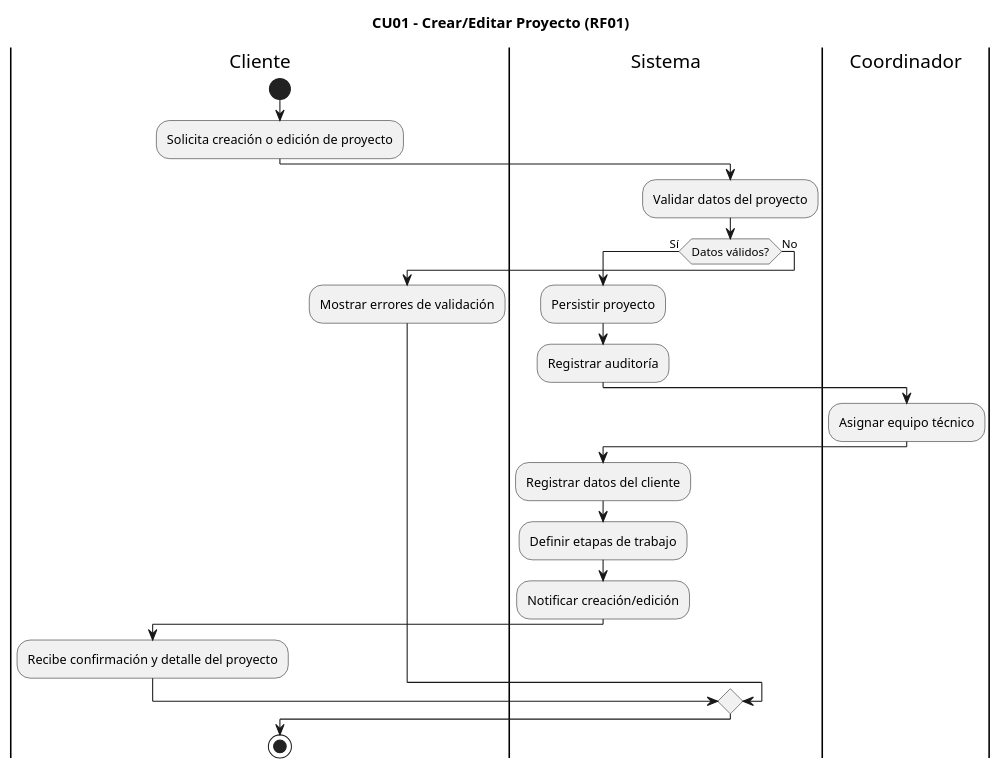
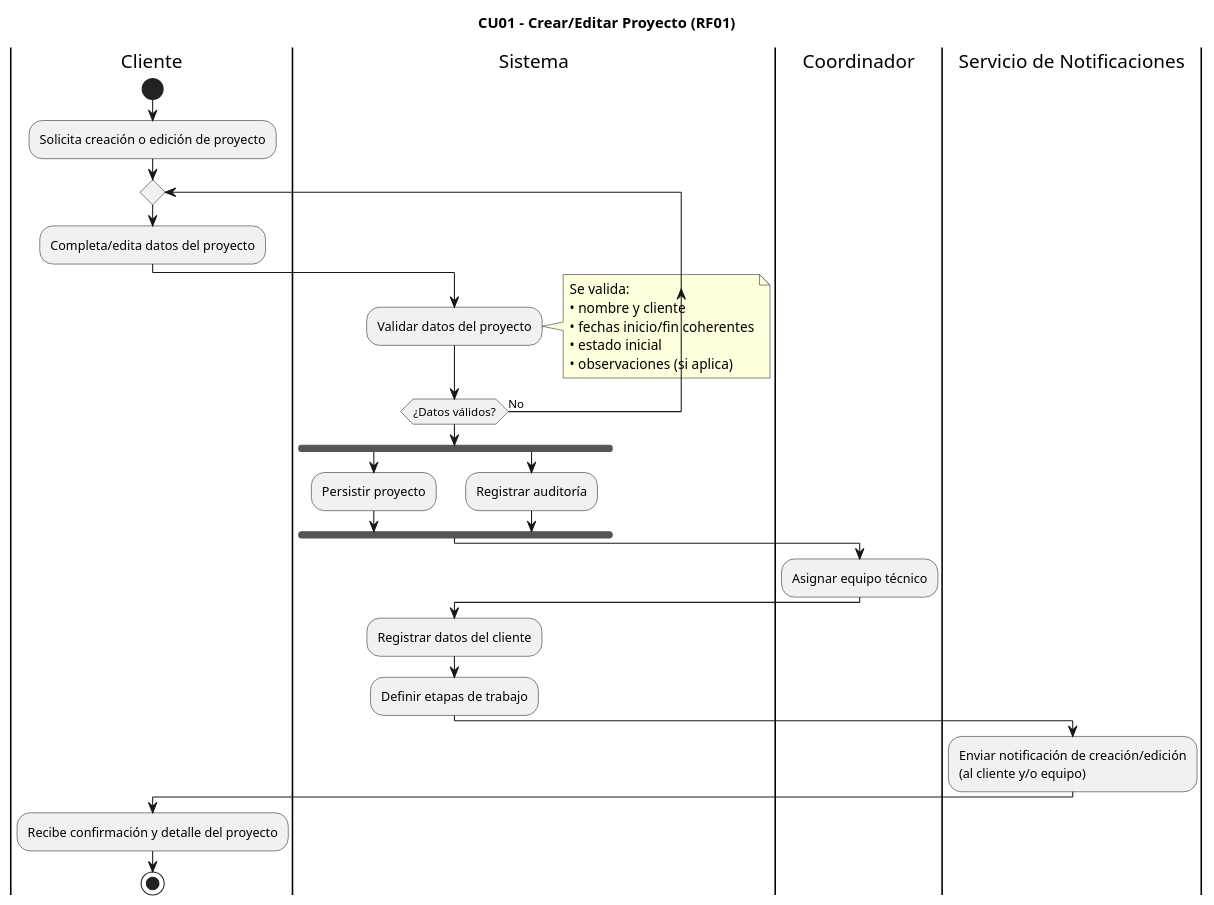
The diagram in diagramas/04-diagramas-actividades/04-actividad-crear-editar-proyecto-01.puml (dantebiondi666-prog/SistemaProductoraVideos), drawn with PlantUML before and after one commit. The commit also changed 1 other file, not shown here.

Commit message:
correcciones sobre diagrama de actividades 1

```diff
--- a/diagramas/04-diagramas-actividades/04-actividad-crear-editar-proyecto-01.puml
+++ b/diagramas/04-diagramas-actividades/04-actividad-crear-editar-proyecto-01.puml
@@ -1,25 +1,42 @@
-@startuml 04-actividad-crear-editar-proyecto
+@startuml 04-actividad-crear-editar-proyecto-01
 title CU01 – Crear/Editar Proyecto (RF01)
 
 |Cliente|
 start
 :Solicita creación o edición de proyecto;
+
+repeat
+  :Completa/edita datos del proyecto;
+
+  |Sistema|
+  :Validar datos del proyecto;
+  note right
+    Se valida:
+    • nombre y cliente
+    • fechas inicio/fin coherentes
+    • estado inicial
+    • observaciones (si aplica)
+  end note
+repeat while (¿Datos válidos?) is (No)
+
 |Sistema|
-:Validar datos del proyecto;
-if (Datos válidos?) then (Sí)
+fork
   :Persistir proyecto;
+fork again
   :Registrar auditoría;
-  |Coordinador|
-  :Asignar equipo técnico;
-  |Sistema|
-  :Registrar datos del cliente;
-  :Definir etapas de trabajo;
-  :Notificar creación/edición;
-  |Cliente|
-  :Recibe confirmación y detalle del proyecto;
-else (No)
-  :Mostrar errores de validación;
-endif
+end fork
+
+|Coordinador|
+:Asignar equipo técnico;
+
+|Sistema|
+:Registrar datos del cliente;
+:Definir etapas de trabajo;
+
+|Servicio de Notificaciones|
+:Enviar notificación de creación/edición\n(al cliente y/o equipo);
+
+|Cliente|
+:Recibe confirmación y detalle del proyecto;
 stop
-
 @enduml
```
